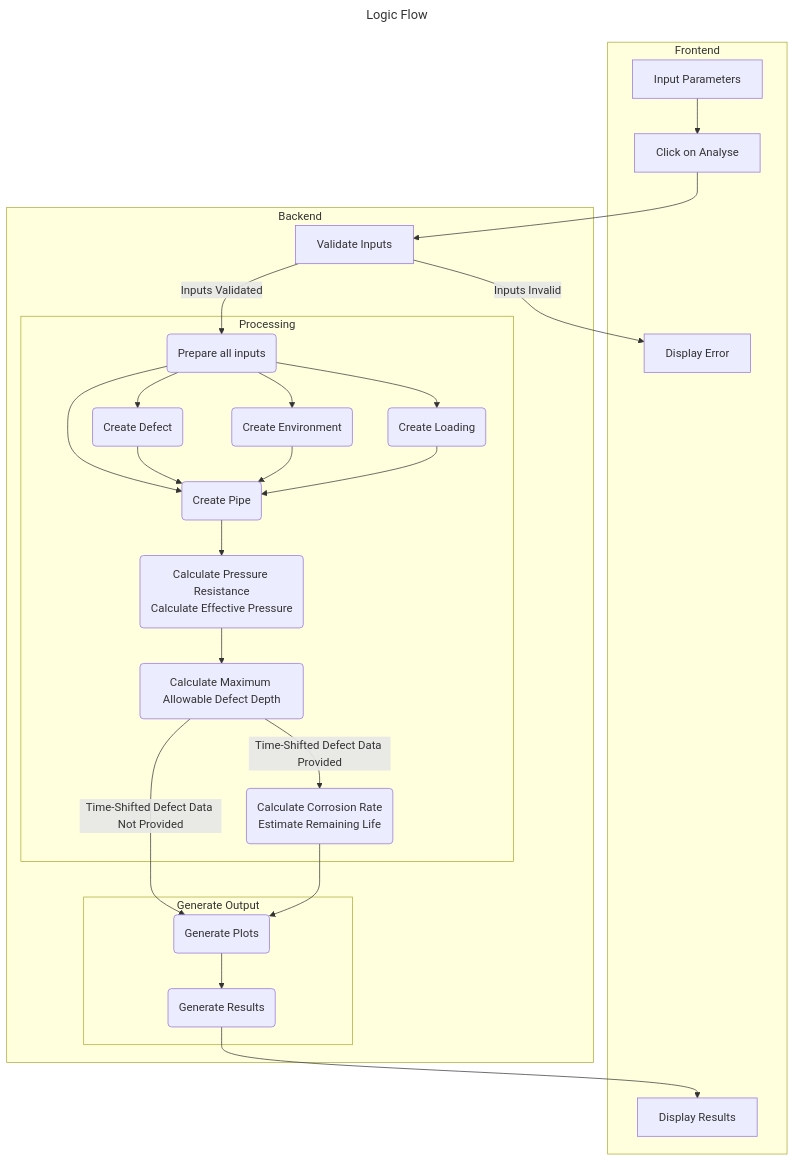
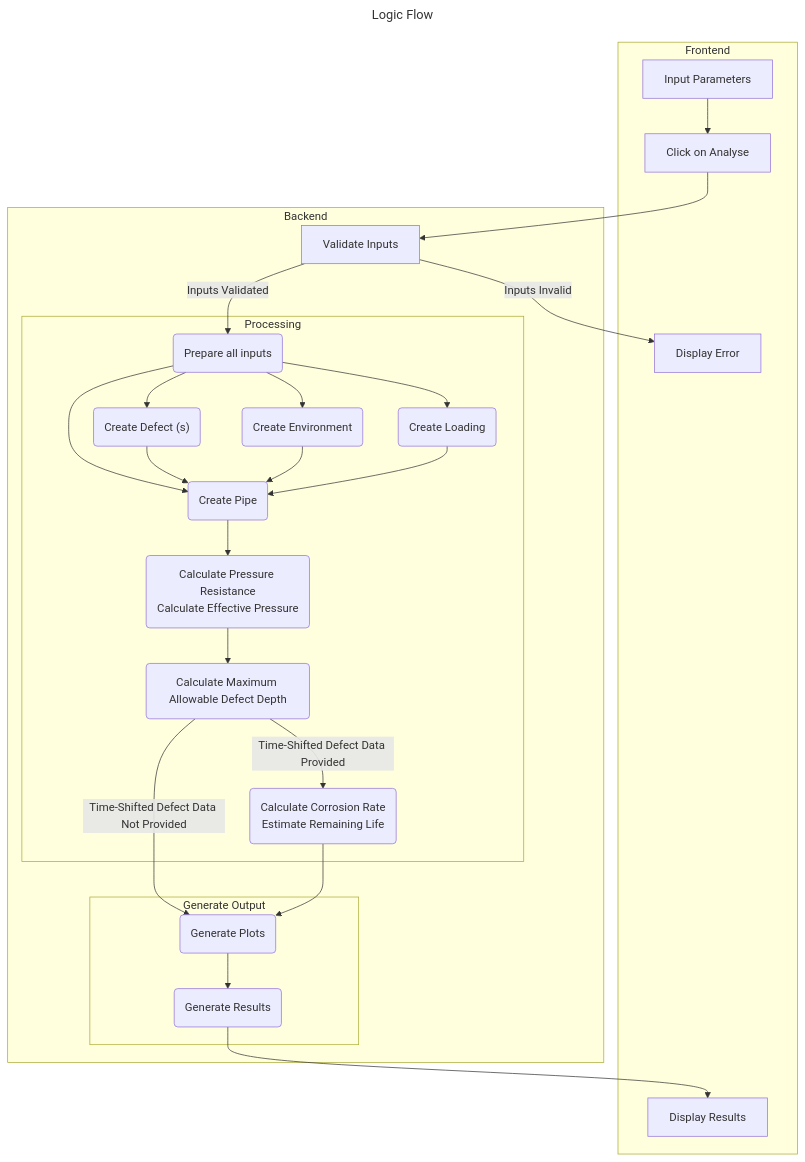
Before and after one commit to nicholaslimck/corrosion-analyser: the first of 2 diagrams in README.md, drawn with Mermaid. The commit also changed 1 other file, not shown here.

Commit message:
Remove additional . Adjust README.md

````diff
--- a/README.md
+++ b/README.md
@@ -56,31 +56,31 @@
 ```mermaid
 ---
 title: Logic Flow
 ---
 flowchart 
     subgraph Frontend
         A[Input Parameters] --> B[Click on Analyse]
         K
         L
     end
     subgraph Backend
         B --> C[Validate Inputs]
         C --Inputs Validated--> D
         C --Inputs Invalid--> L[Display Error]
         subgraph Processing
         D(Prepare all inputs) --> E1(Create Pipe)
-        D --> E2(Create Defect) --> E1
+        D --> E2("Create Defect (s)") --> E1
         D --> E3(Create Environment) --> E1
         D --> E4(Create Loading) --> E1
         E1 --> F(Calculate Pressure Resistance\nCalculate Effective Pressure)
         F --> G(Calculate Maximum Allowable Defect Depth)
         G -- Time-Shifted Defect Data Provided --> H(Calculate Corrosion Rate\nEstimate Remaining Life)
         end
         subgraph Generate Output
             G -- Time-Shifted Defect Data Not Provided --> I(Generate Plots)
             H --> I(Generate Plots)
             I --> J(Generate Results)
         end
     end
     J --> K[Display Results]
 ```
````
